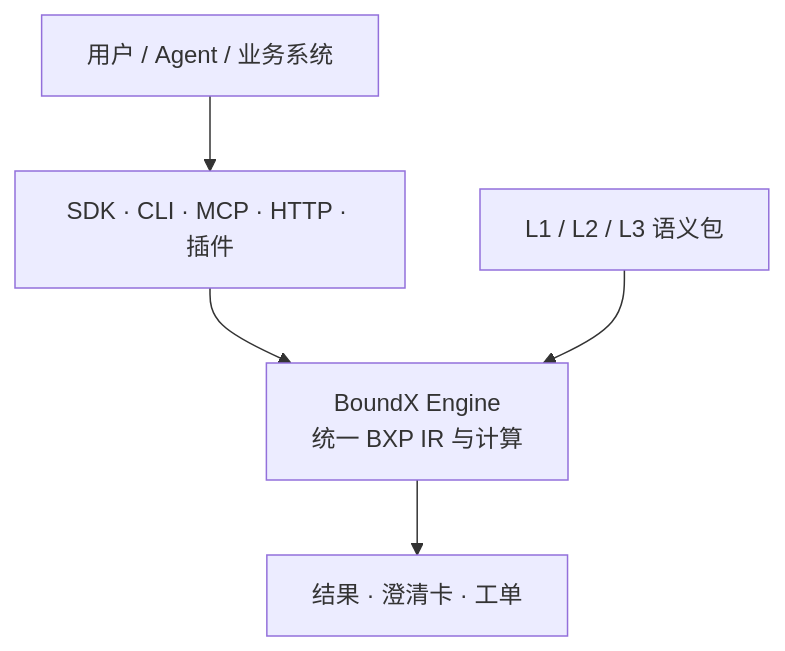
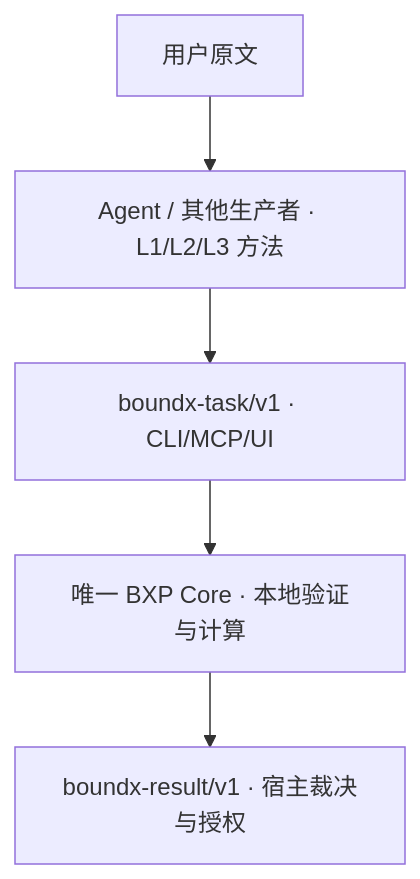
The diagram in docs/BOUNDX-PRODUCT-MANUAL.md (joinwell52-AI/BoundaryXP), drawn with Mermaid before and after one commit. The commit also changed other lines of this file and 66 other files, not shown here.

````diff
--- a/docs/BOUNDX-PRODUCT-MANUAL.md
+++ b/docs/BOUNDX-PRODUCT-MANUAL.md
@@ -163,7 +165,7 @@
 ```mermaid
 flowchart TB
-    U["用户 / Agent / 业务系统"] --> A["SDK · CLI · MCP · HTTP · 插件"]
-    A --> E["BoundX Engine\n统一 BXP IR 与计算"]
-    P["L1 / L2 / L3 语义包"] --> E
-    E --> R["结果 · 澄清卡 · 工单"]
+    U["用户原文"] --> P["Agent / 其他生产者 · L1/L2/L3 方法"]
+    P --> A["boundx-task/v1 · CLI/MCP/UI"]
+    A --> E["唯一 BXP Core · 本地验证与计算"]
+    E --> R["boundx-result/v1 · 宿主裁决与授权"]
 ```
````
